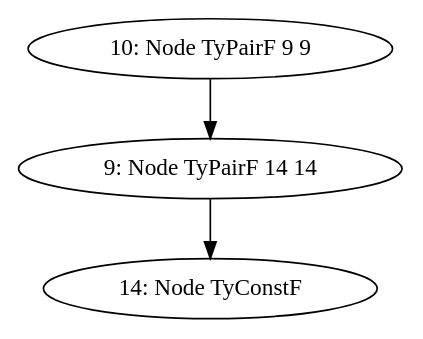
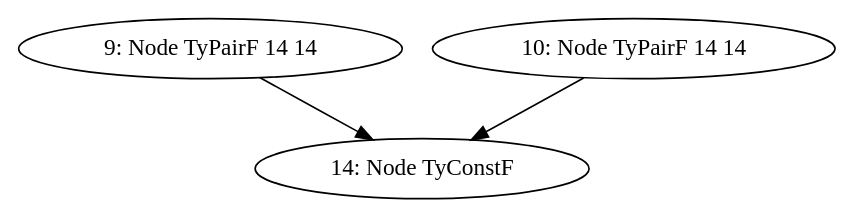
Before and after one commit to ejconlon/uniter: the diagram in dot/linear-processed.dot, drawn with Graphviz. The commit also changed 13 other files, not shown here.

```diff
--- a/dot/linear-processed.dot
+++ b/dot/linear-processed.dot
@@ -1,8 +1,8 @@
 digraph 
 {
   "9" [label="9: Node TyPairF 14 14"]
-  "10" [label="10: Node TyPairF 9 9"]
+  "10" [label="10: Node TyPairF 14 14"]
   "14" [label="14: Node TyConstF"]
   "9" -> "14"
-  "10" -> "9"
+  "10" -> "14"
 }
```
